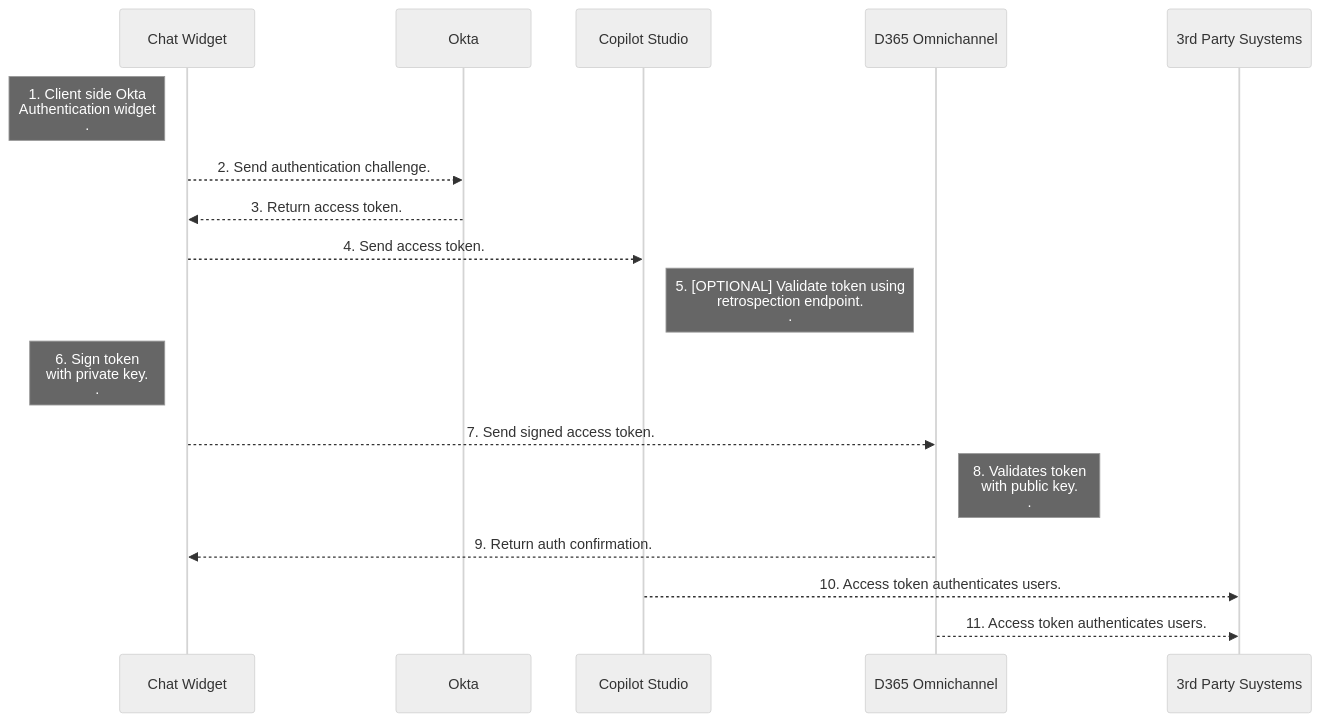
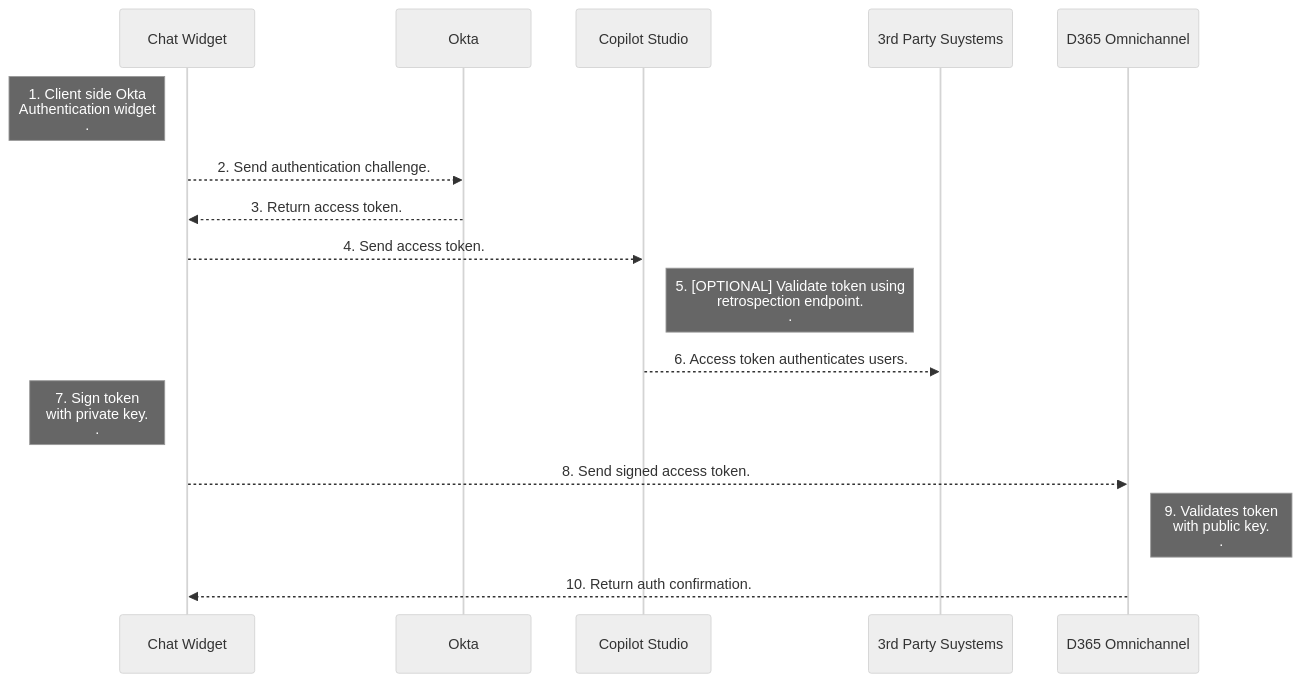
One commit to microsoft/CopilotStudioSamples changed the diagram in SSOSamples/3rdPartySSOWithOKTA - Copilot+D365OC/README.md. Above: the diagram before and after it, drawn with Mermaid (neutral theme).

Commit message:
3rdPartySSOWithOKTA - Copilot+D365OC

````diff
--- a/SSOSamples/3rdPartySSOWithOKTA - Copilot+D365OC/README.md
+++ b/SSOSamples/3rdPartySSOWithOKTA - Copilot+D365OC/README.md
@@ -9,14 +9,13 @@
 ```mermaid
 sequenceDiagram
 Note left of Chat Widget: 1. Client side Okta <br/>Authentication widget <br/>.
 Chat Widget -->> Okta: 2. Send authentication challenge.
 Okta-->> Chat Widget: 3. Return access token.
 Chat Widget -->> Copilot Studio: 4. Send access token.
 Note right of Copilot Studio: 5. [OPTIONAL] Validate token using <br/>retrospection endpoint. <br/>.
-Note left of Chat Widget: 6. Sign token <br/>with private key. <br/>.
-Chat Widget -->> D365 Omnichannel: 7. Send signed access token.
-Note right of D365 Omnichannel: 8. Validates token <br/>with public key. <br/>.
-D365 Omnichannel -->> Chat Widget: 9. Return auth confirmation.
-Copilot Studio -->> 3rd Party Suystems: 10. Access token authenticates users.
-D365 Omnichannel -->> 3rd Party Suystems: 11. Access token authenticates users.
+Copilot Studio -->> 3rd Party Suystems: 6. Access token authenticates users.
+Note left of Chat Widget: 7. Sign token <br/>with private key. <br/>.
+Chat Widget -->> D365 Omnichannel: 8. Send signed access token.
+Note right of D365 Omnichannel: 9. Validates token <br/>with public key. <br/>.
+D365 Omnichannel -->> Chat Widget: 10. Return auth confirmation.
 ```
````
